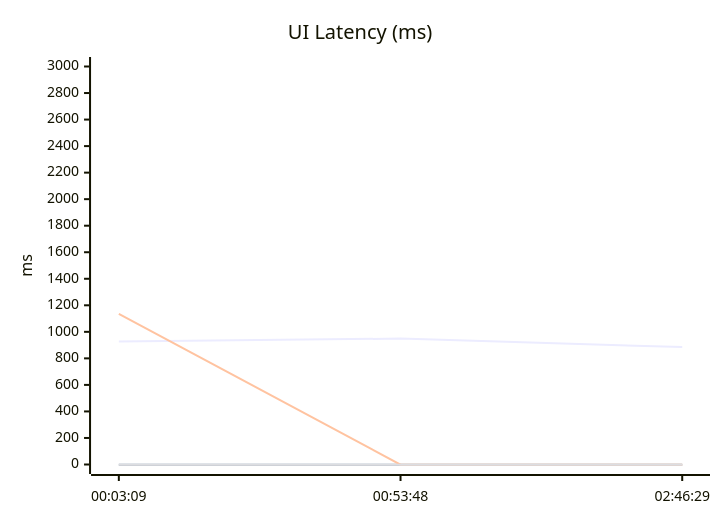
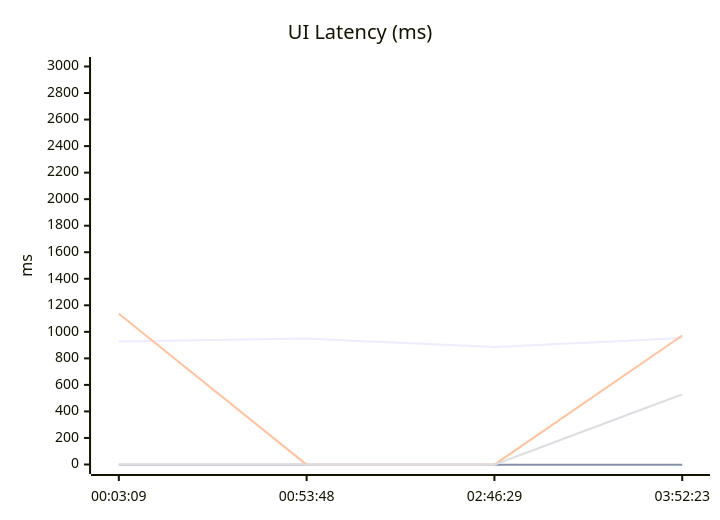
Before and after one commit to greenwave1987/clash_test: the diagram in README.md, drawn with Mermaid. The commit also changed other lines of this file and 1 other file, not shown here.

Commit message:
chore: update UI latency history

````diff
--- a/README.md
+++ b/README.md
@@ -16,10 +16,10 @@
 ```mermaid
 xychart-beta
   title "UI Latency (ms)"
-  x-axis ["00:03:09", "00:53:48", "02:46:29"]
+  x-axis ["00:03:09", "00:53:48", "02:46:29", "03:52:23"]
   y-axis "ms" 0 --> 3000
-  line "http://jz.***.uy" [928, 949, 885]
-  line "http://jz.***.io" [-1, -1, -1]
-  line "http://greenwave1987.***.in" [1136, -1, -1]
-  line "http://jz.***.xyz" [-1, -1, -1]
+  line "http://jz.***.uy" [928, 949, 885, 953]
+  line "http://jz.***.io" [-1, -1, -1, -1]
+  line "http://greenwave1987.***.in" [1136, -1, -1, 972]
+  line "http://jz.***.xyz" [-1, -1, -1, 529]
 ```
````
